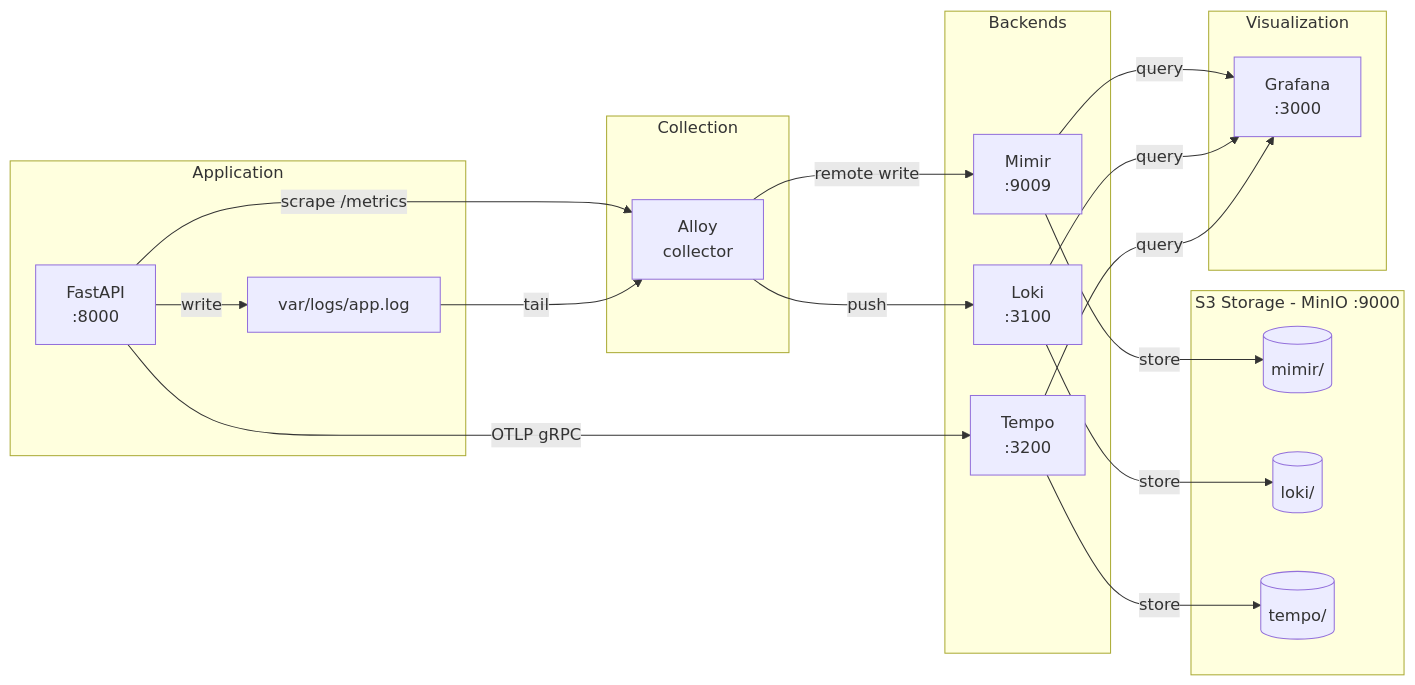
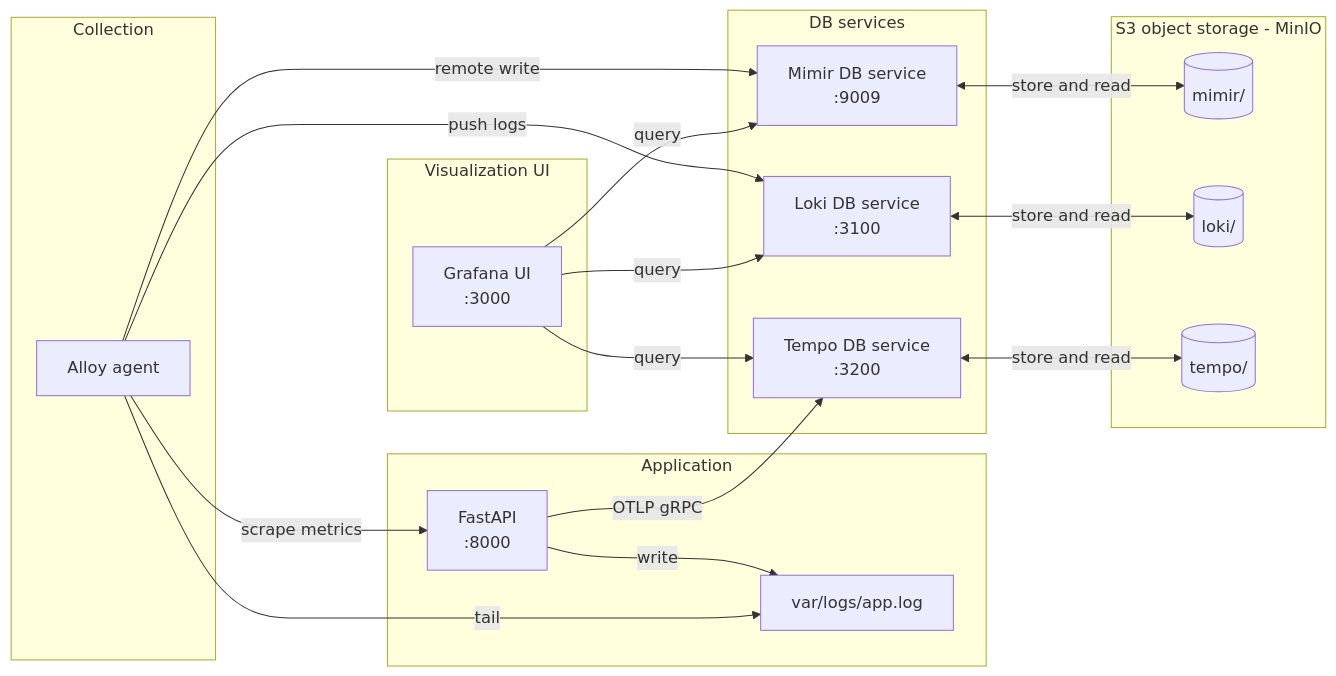
One commit to NicoPietrusco/observability_and_telemetry changed the first of 2 diagrams in README.md. Above: the diagram before and after it, drawn with Mermaid. The commit also changed other lines of this file and 3 other files, not shown here.

Commit message:
[UPDATE] Refactor Justfile for improved service management, add separate Docker Compose files for API and observability units, and enhance README with architecture details and service descriptions

````diff
--- a/README.md
+++ b/README.md
@@ -7,47 +7,47 @@
 ```mermaid
 flowchart LR
     subgraph APP[Application]
         API[FastAPI<br/>:8000]
         LogFile[var/logs/app.log]
     end
 
     subgraph COLLECT[Collection]
-        Alloy[Alloy<br/>collector]
+        Alloy[Alloy agent]
     end
 
-    subgraph BACKENDS[Backends]
-        Mimir[Mimir<br/>:9009]
-        Loki[Loki<br/>:3100]
-        Tempo[Tempo<br/>:3200]
+    subgraph BACKENDS[DB services]
+        Mimir[Mimir DB service<br/>:9009]
+        Loki[Loki DB service<br/>:3100]
+        Tempo[Tempo DB service<br/>:3200]
     end
 
-    subgraph S3[S3 Storage - MinIO :9000]
+    subgraph S3[S3 object storage - MinIO]
         B1[(mimir/)]
         B2[(loki/)]
         B3[(tempo/)]
     end
 
-    subgraph VIZ[Visualization]
-        Grafana[Grafana<br/>:3000]
+    subgraph VIZ[Visualization UI]
+        Grafana[Grafana UI<br/>:3000]
     end
 
     %% Metrics flow
-    API -->|scrape /metrics| Alloy
+    Alloy -->|scrape metrics| API
     Alloy -->|remote write| Mimir
-    Mimir -->|store| B1
+    Mimir <--> |store and read| B1
 
     %% Logs flow
     API -->|write| LogFile
-    LogFile -->|tail| Alloy
-    Alloy -->|push| Loki
-    Loki -->|store| B2
+    Alloy -->|tail| LogFile
+    Alloy -->|push logs| Loki
+    Loki <--> |store and read| B2
 
     %% Traces flow
     API -->|OTLP gRPC| Tempo
-    Tempo -->|store| B3
+    Tempo <--> |store and read| B3
 
     %% Visualization
-    Mimir -->|query| Grafana
-    Loki -->|query| Grafana
-    Tempo -->|query| Grafana
+    Grafana -->|query| Mimir
+    Grafana -->|query| Loki
+    Grafana -->|query| Tempo
 ```
````
